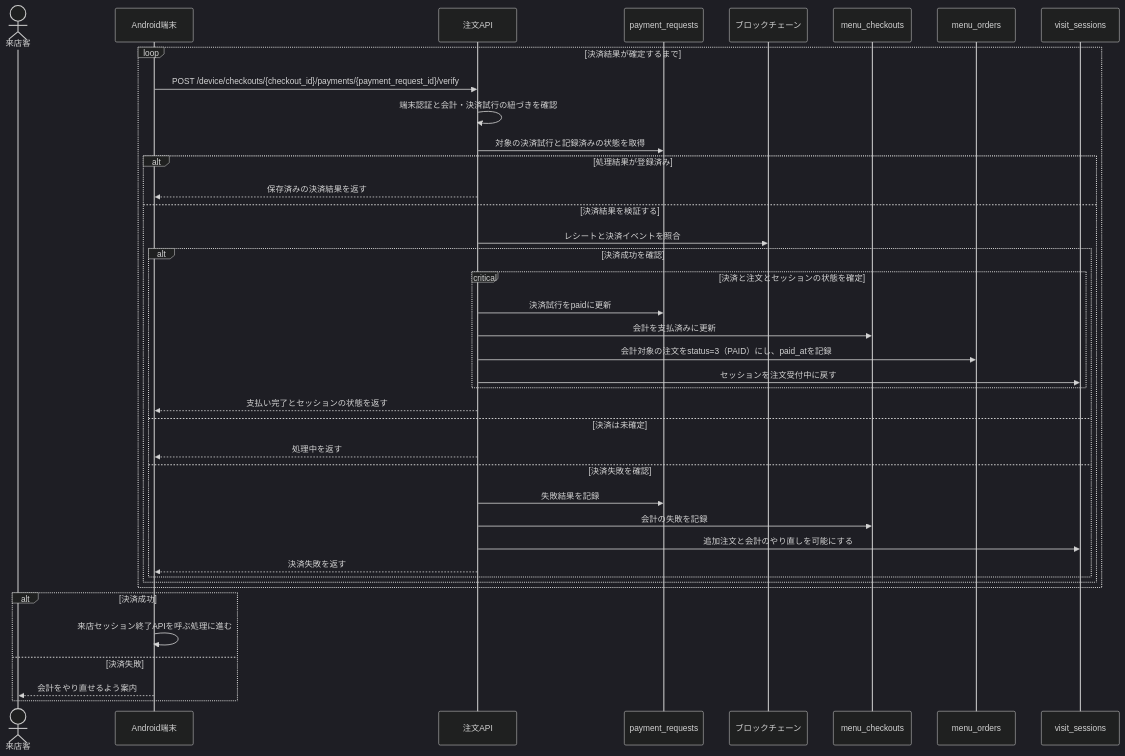
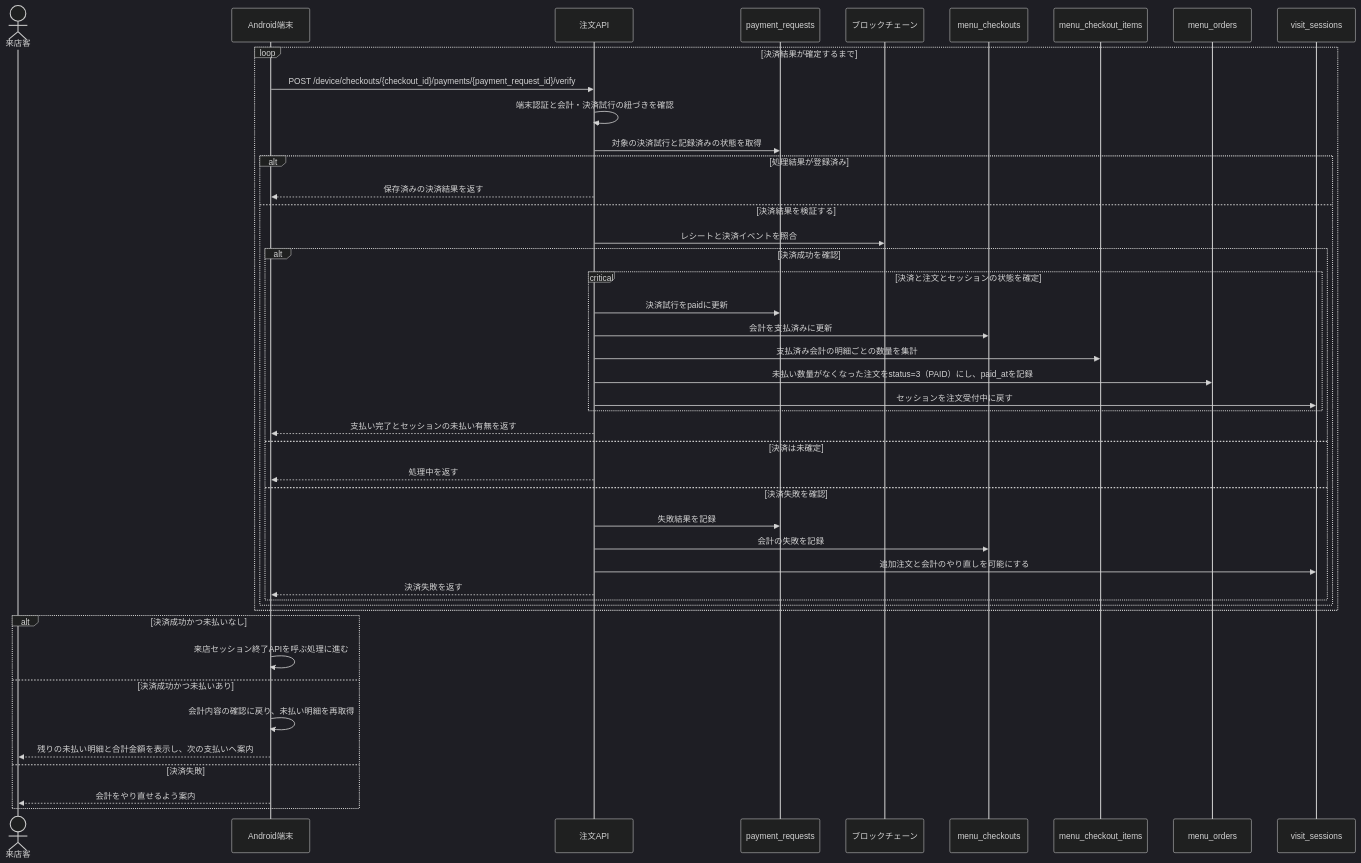
Before and after one commit to terao06/teraid-pay-api: the seventh of 9 diagrams in docs/メニューオーダーフロー.md, drawn with Mermaid (dark theme). The commit also changed other lines of this file, not shown here.

````diff
--- a/docs/メニューオーダーフロー.md
+++ b/docs/メニューオーダーフロー.md
@@ -352,43 +372,48 @@
 ```mermaid
 sequenceDiagram
     actor Guest as 来店客
     participant Device as Android端末
     participant API as 注文API
     participant Payments as payment_requests
     participant Chain as ブロックチェーン
     participant Checkouts as menu_checkouts
+    participant CheckoutItems as menu_checkout_items
     participant Orders as menu_orders
     participant Visits as visit_sessions
 
     loop 決済結果が確定するまで
         Device->>API: POST /device/checkouts/{checkout_id}/payments/{payment_request_id}/verify
         API->>API: 端末認証と会計・決済試行の紐づきを確認
         API->>Payments: 対象の決済試行と記録済みの状態を取得
         alt 処理結果が登録済み
             API-->>Device: 保存済みの決済結果を返す
         else 決済結果を検証する
             API->>Chain: レシートと決済イベントを照合
             alt 決済成功を確認
                 critical 決済と注文とセッションの状態を確定
                     API->>Payments: 決済試行をpaidに更新
                     API->>Checkouts: 会計を支払済みに更新
-                    API->>Orders: 会計対象の注文をstatus=3（PAID）にし、paid_atを記録
+                    API->>CheckoutItems: 支払済み会計の明細ごとの数量を集計
+                    API->>Orders: 未払い数量がなくなった注文をstatus=3（PAID）にし、paid_atを記録
                     API->>Visits: セッションを注文受付中に戻す
                 end
-                API-->>Device: 支払い完了とセッションの状態を返す
+                API-->>Device: 支払い完了とセッションの未払い有無を返す
             else 決済は未確定
                 API-->>Device: 処理中を返す
             else 決済失敗を確認
                 API->>Payments: 失敗結果を記録
                 API->>Checkouts: 会計の失敗を記録
                 API->>Visits: 追加注文と会計のやり直しを可能にする
                 API-->>Device: 決済失敗を返す
             end
         end
     end
-    alt 決済成功
+    alt 決済成功かつ未払いなし
         Device->>Device: 来店セッション終了APIを呼ぶ処理に進む
+    else 決済成功かつ未払いあり
+        Device->>Device: 会計内容の確認に戻り、未払い明細を再取得
+        Device-->>Guest: 残りの未払い明細と合計金額を表示し、次の支払いへ案内
     else 決済失敗
         Device-->>Guest: 会計をやり直せるよう案内
     end
 ```
````
